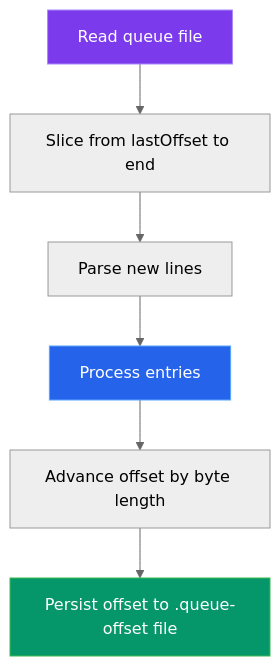
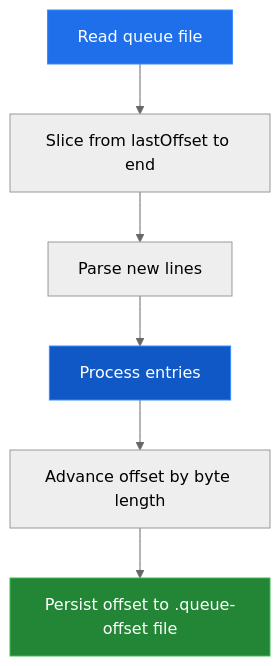
One commit to GittyHarsha/ContextManager changed the second of 2 diagrams in docs/architecture/hook-system.md. Above: the diagram before and after it, drawn with Mermaid (neutral theme). The commit also changed other lines of this file and 86 other files, not shown here.

```diff
--- a/docs/architecture/hook-system.md
+++ b/docs/architecture/hook-system.md
@@ -144,12 +145,12 @@
 <pre class="mermaid">
 graph TD
     A[Read queue file] --> B[Slice from lastOffset to end]
     B --> C[Parse new lines]
     C --> D[Process entries]
     D --> E[Advance offset by byte length]
     E --> F[Persist offset to .queue-offset file]
 
-    style A fill:#7c3aed,stroke:#a78bfa,color:#fff
-    style D fill:#2563eb,stroke:#58a6ff,color:#fff
-    style F fill:#059669,stroke:#3fb950,color:#fff
+    style A fill:#1f6feb,stroke:#388bfd,color:#fff
+    style D fill:#1158c7,stroke:#388bfd,color:#fff
+    style F fill:#238636,stroke:#3fb950,color:#fff
 </pre>
```
